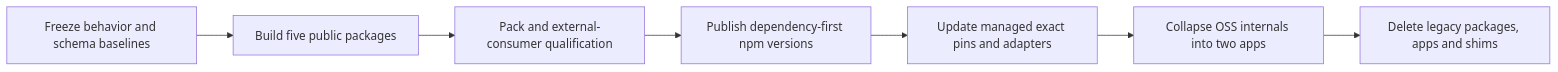
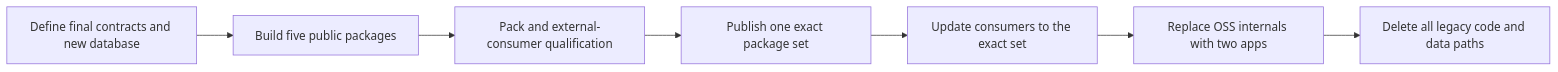
Before and after one commit to omnidraw/omnidraw: the fourth of 4 diagrams in docs/PRD.md, drawn with Mermaid. The commit also changed other lines of this file and 3 other files, not shown here.

````diff
--- a/docs/PRD.md
+++ b/docs/PRD.md
@@ -605,9 +608,9 @@
 ```mermaid
 flowchart LR
-  B["Freeze behavior and schema baselines"] --> P["Build five public packages"]
+  B["Define final contracts and new database"] --> P["Build five public packages"]
   P --> Q["Pack and external-consumer qualification"]
-  Q --> N["Publish dependency-first npm versions"]
-  N --> M["Update managed exact pins and adapters"]
-  M --> O["Collapse OSS internals into two apps"]
-  O --> D["Delete legacy packages, apps and shims"]
+  Q --> N["Publish one exact package set"]
+  N --> M["Update consumers to the exact set"]
+  M --> O["Replace OSS internals with two apps"]
+  O --> D["Delete all legacy code and data paths"]
 ```
````
